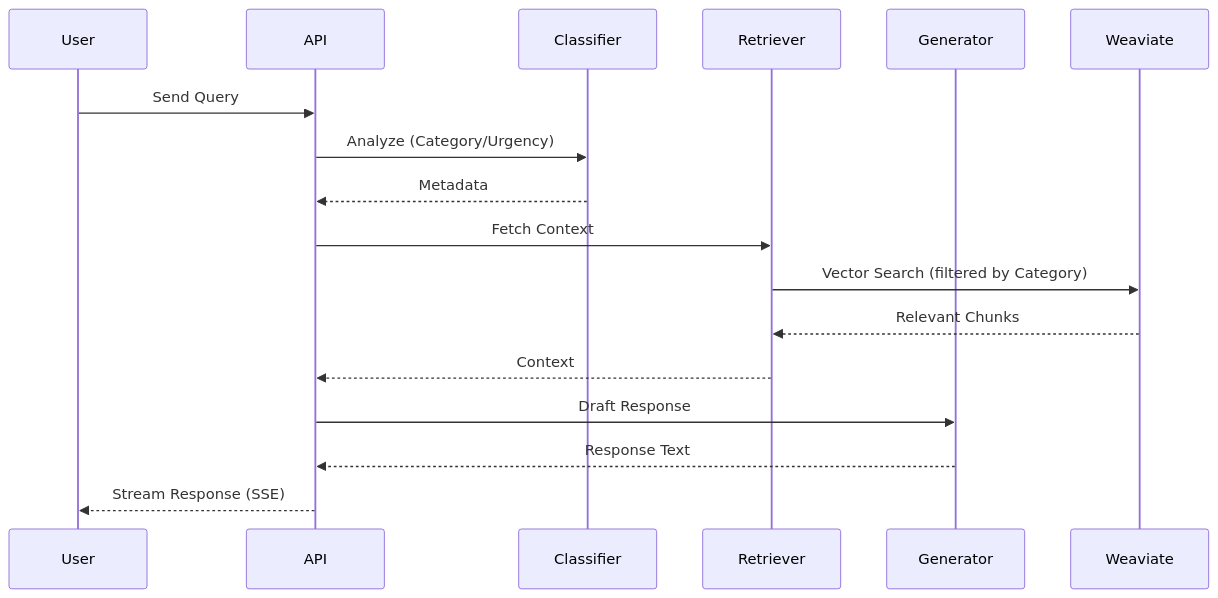
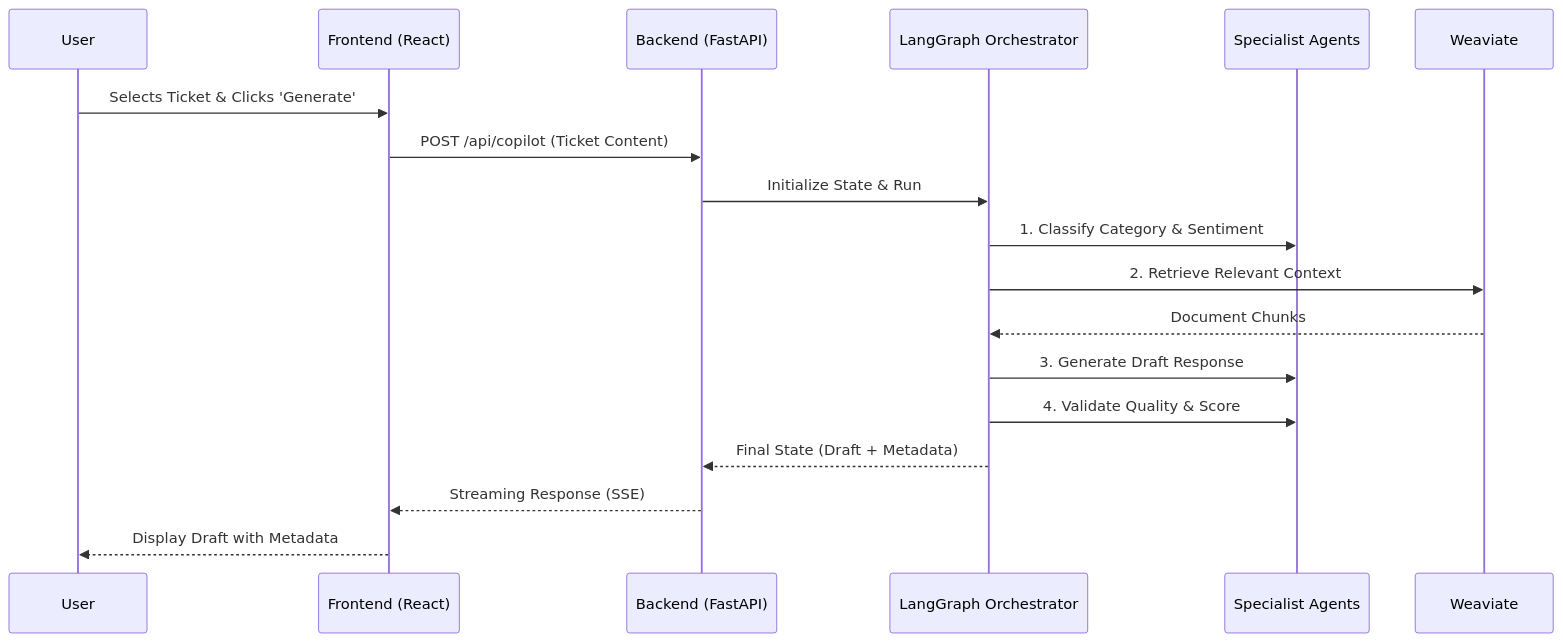
The first of 2 diagrams in docs/3. Workflow Overview.md (Tomadm21/Rag-Support-Agent), drawn with Mermaid before and after one commit. The commit also changed other lines of this file and 10 other files, not shown here.

````diff
--- a/docs/3. Workflow Overview.md
+++ b/docs/3. Workflow Overview.md
@@ -7,23 +9,21 @@
 ```mermaid
 sequenceDiagram
   participant User
-  participant API
-  participant Classifier
-  participant Retriever
-  participant Generator
-  participant Weaviate
+  participant UI as Frontend (React)
+  participant API as Backend (FastAPI)
+  participant Graph as LangGraph Orchestrator
+  participant Agents as Specialist Agents
+  participant DB as Weaviate
 
-  User->>API: Send Query
-  API->>Classifier: Analyze (Category/Urgency)
-  Classifier-->>API: Metadata
-  
-  API->>Retriever: Fetch Context
-  Retriever->>Weaviate: Vector Search (filtered by Category)
-  Weaviate-->>Retriever: Relevant Chunks
-  Retriever-->>API: Context
-  
-  API->>Generator: Draft Response
-  Generator-->>API: Response Text
-  
-  API-->>User: Stream Response (SSE)
+  User->>UI: Selects Ticket & Clicks 'Generate'
+  UI->>API: POST /api/copilot (Ticket Content)
+  API->>Graph: Initialize State & Run
+  Graph->>Agents: 1. Classify Category & Sentiment
+  Graph->>DB: 2. Retrieve Relevant Context
+  DB-->>Graph: Document Chunks
+  Graph->>Agents: 3. Generate Draft Response
+  Graph->>Agents: 4. Validate Quality & Score
+  Graph-->>API: Final State (Draft + Metadata)
+  API-->>UI: Streaming Response (SSE)
+  UI-->>User: Display Draft with Metadata
 ```
````
